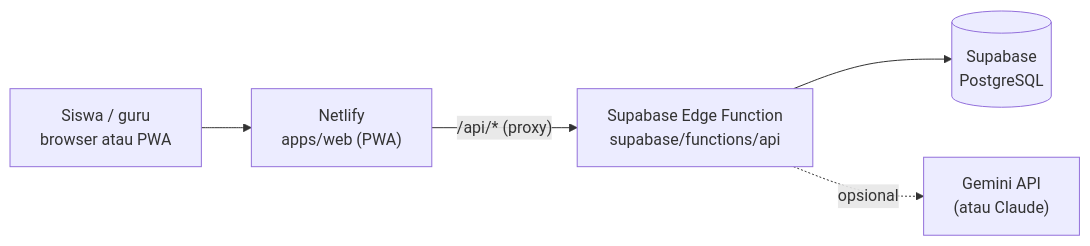
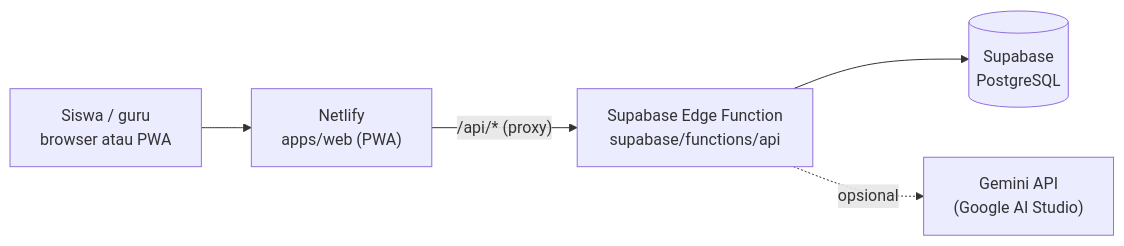
The diagram in docs/DEPLOYMENT.md (RikiAgilSaputra/2225250026_Riki_Agil_Saputra), drawn with Mermaid before and after one commit. The commit also changed other lines of this file and 19 other files, not shown here.

First line of the commit message:
feat: memakai Google AI Studio (Gemini) sebagai satu-satunya penyedia AI di kedua backend

````diff
--- a/docs/DEPLOYMENT.md
+++ b/docs/DEPLOYMENT.md
@@ -3,7 +3,7 @@
 ```mermaid
 flowchart LR
     U[Siswa / guru<br/>browser atau PWA] --> N["Netlify<br/>apps/web (PWA)"]
     N -- "/api/* (proxy)" --> F["Supabase Edge Function<br/>supabase/functions/api"]
     F --> DB[("Supabase<br/>PostgreSQL")]
-    F -. opsional .-> C["Gemini API<br/>(atau Claude)"]
+    F -. opsional .-> C["Gemini API<br/>(Google AI Studio)"]
 ```
````
